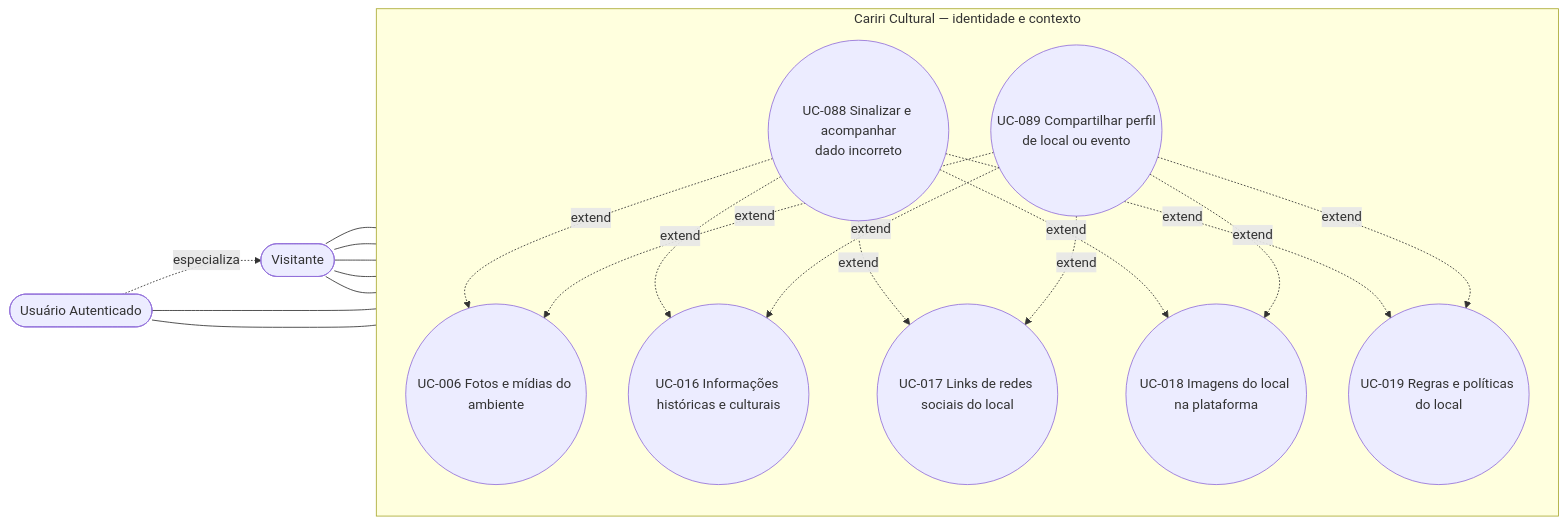
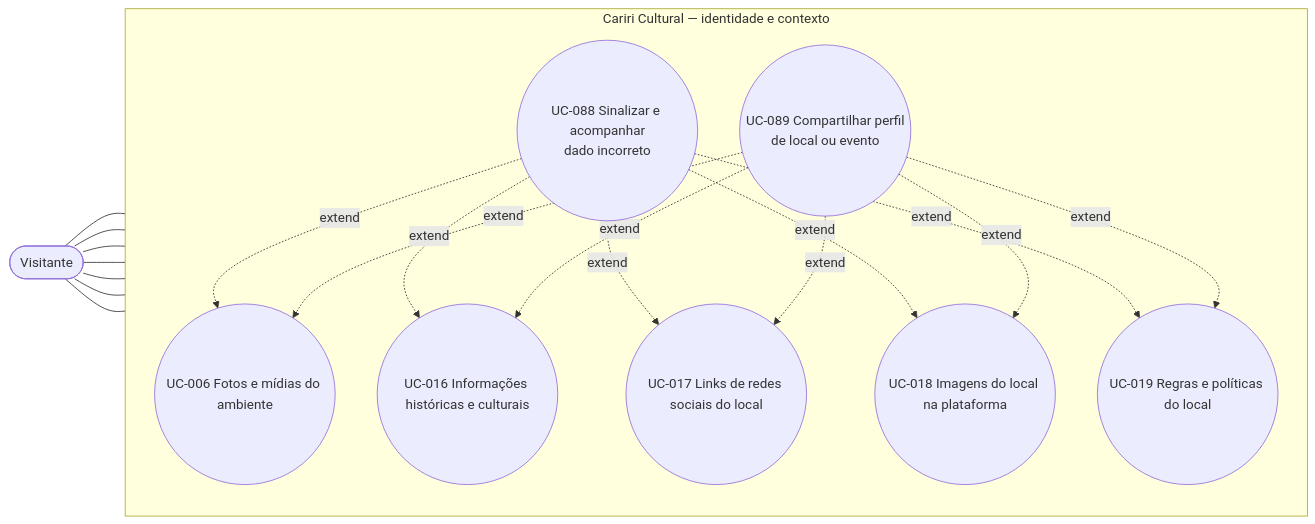
Before and after one commit to alan-mendes-ufca/CaririCultural: the third of 13 diagrams in home/user-cases/use-cases-diagram.md, drawn with Mermaid. The commit also changed other lines of this file, not shown here.

Commit message:
docs: refactor `use cases diagrams`

````diff
--- a/home/user-cases/use-cases-diagram.md
+++ b/home/user-cases/use-cases-diagram.md
@@ -89,29 +84,26 @@
 ```mermaid
 flowchart LR
     %% Atores
     V([Visitante])
-    U([Usuário Autenticado])
 
     %% Fronteira
     subgraph CC [Cariri Cultural — identidade e contexto]
         direction TB
         UC006((UC-006 Fotos e mídias do ambiente))
         UC016((UC-016 Informações históricas e culturais))
         UC017((UC-017 Links de redes sociais do local))
         UC018((UC-018 Imagens do local na plataforma))
         UC019((UC-019 Regras e políticas do local))
 
         %% Nós convidados: extensões vindas dos diagramas 6 e 9
         UC088((UC-088 Sinalizar e acompanhar<br/>dado incorreto))
         UC089((UC-089 Compartilhar perfil<br/>de local ou evento))
     end
 
     %% Relações Ator -> Caso de Uso
-    V --- UC006 & UC016 & UC017 & UC018 & UC019
-    U --- UC088 & UC089
-    U -.->|especializa| V
+    V --- UC006 & UC016 & UC017 & UC018 & UC019 & UC088 & UC089
 
     %% Relações Extend vindas de fora do recorte
     UC088 -.->|extend| UC006 & UC016 & UC017 & UC018 & UC019
     UC089 -.->|extend| UC006 & UC016 & UC017 & UC018 & UC019
 ```
````
